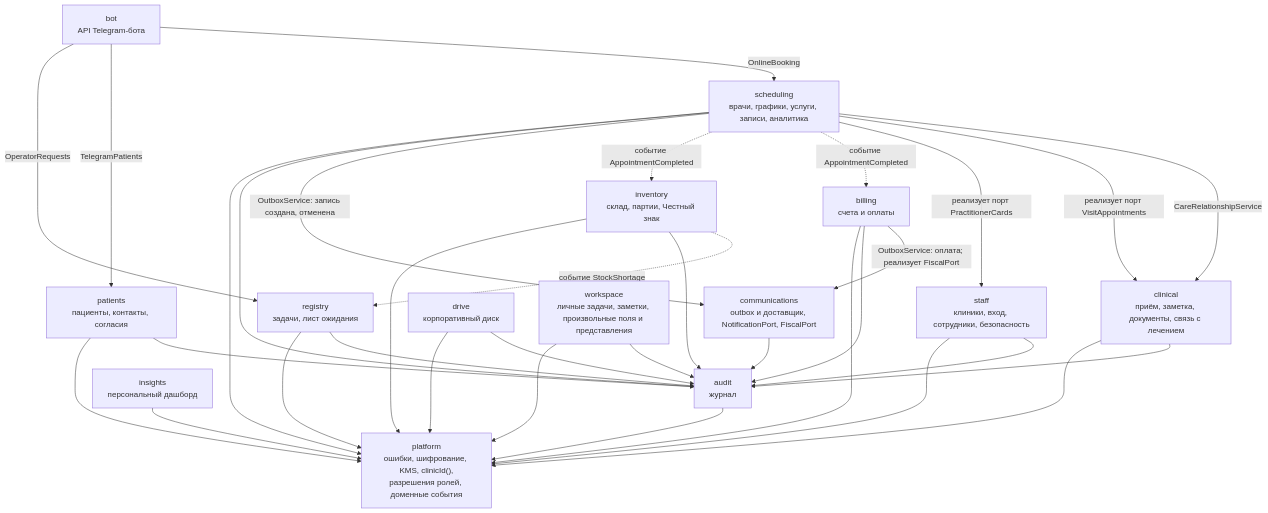
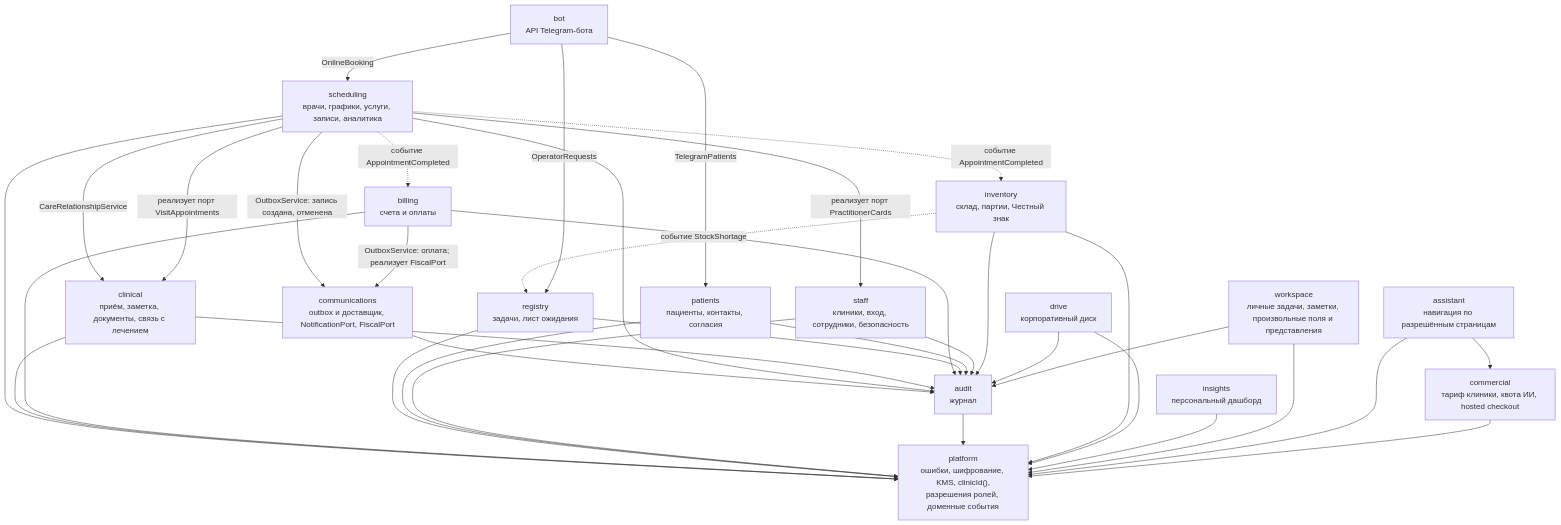
Before and after one commit to IlyaSimis/AlphaCRM: the second of 5 diagrams in docs/architecture.md, drawn with Mermaid. The commit also changed other lines of this file and 44 other files, not shown here.

````diff
--- a/docs/architecture.md
+++ b/docs/architecture.md
@@ -65,32 +65,36 @@
 ```mermaid
 flowchart TB
     scheduling["scheduling<br/>врачи, графики, услуги, записи, аналитика"]
     clinical["clinical<br/>приём, заметка, документы, связь с лечением"]
     billing["billing<br/>счета и оплаты"]
     registry["registry<br/>задачи, лист ожидания"]
     patients["patients<br/>пациенты, контакты, согласия"]
     staff["staff<br/>клиники, вход, сотрудники, безопасность"]
     communications["communications<br/>outbox и доставщик, NotificationPort, FiscalPort"]
     audit["audit<br/>журнал"]
     inventory["inventory<br/>склад, партии, Честный знак"]
     drive["drive<br/>корпоративный диск"]
     insights["insights<br/>персональный дашборд"]
     workspace["workspace<br/>личные задачи, заметки, произвольные поля и представления"]
+    assistant["assistant<br/>навигация по разрешённым страницам"]
+    commercial["commercial<br/>тариф клиники, квота ИИ, hosted checkout"]
     platform["platform<br/>ошибки, шифрование, KMS, clinicId(),<br/>разрешения ролей, доменные события"]
 
     scheduling -->|"CareRelationshipService"| clinical
     scheduling -->|"реализует порт VisitAppointments"| clinical
     scheduling -->|"реализует порт PractitionerCards"| staff
     scheduling -.->|"событие AppointmentCompleted"| billing
     scheduling -.->|"событие AppointmentCompleted"| inventory
     inventory -.->|"событие StockShortage"| registry
     scheduling -->|"OutboxService: запись создана, отменена"| communications
     billing -->|"OutboxService: оплата; реализует FiscalPort"| communications
     communications --> audit
     bot["bot<br/>API Telegram-бота"]
     bot -->|"OnlineBooking"| scheduling
     bot -->|"TelegramPatients"| patients
     bot -->|"OperatorRequests"| registry
     scheduling & clinical & billing & registry & patients & staff & inventory & drive & workspace --> audit
     scheduling & clinical & billing & registry & patients & staff & audit & inventory & drive & insights & workspace --> platform
+    assistant --> commercial
+    assistant & commercial --> platform
 ```
````
